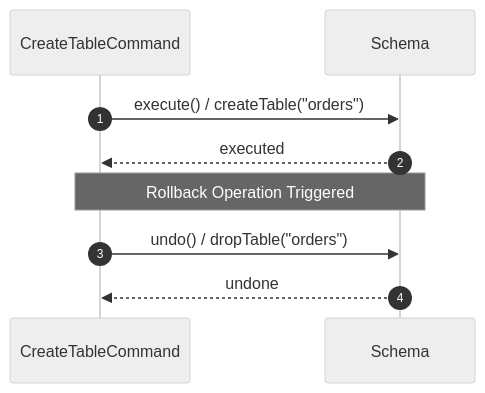
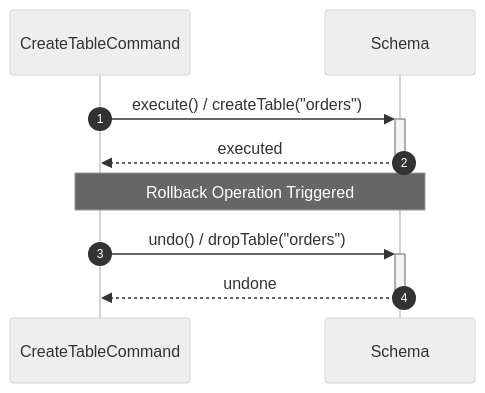
Before and after one commit to Dikhang1112/Database_Management_BBV: the sixth of 14 diagrams in docs/design_patterns/README.md, drawn with Mermaid (neutral theme). The commit also changed other lines of this file and 12 other files, not shown here.

Commit message:
Refactor sequece diagram

````diff
--- a/docs/design_patterns/README.md
+++ b/docs/design_patterns/README.md
@@ -651,13 +651,13 @@
 ```mermaid
 sequenceDiagram
     autonumber
     participant Cmd as CreateTableCommand
     participant Schema as Schema
 
-    Cmd->>Schema: execute() / createTable("orders")
-    Schema-->>Cmd: executed
+    Cmd->>+Schema: execute() / createTable("orders")
+    Schema-->>-Cmd: executed
 
     note over Cmd, Schema: Rollback Operation Triggered
-    Cmd->>Schema: undo() / dropTable("orders")
-    Schema-->>Cmd: undone
+    Cmd->>+Schema: undo() / dropTable("orders")
+    Schema-->>-Cmd: undone
 ```
````
